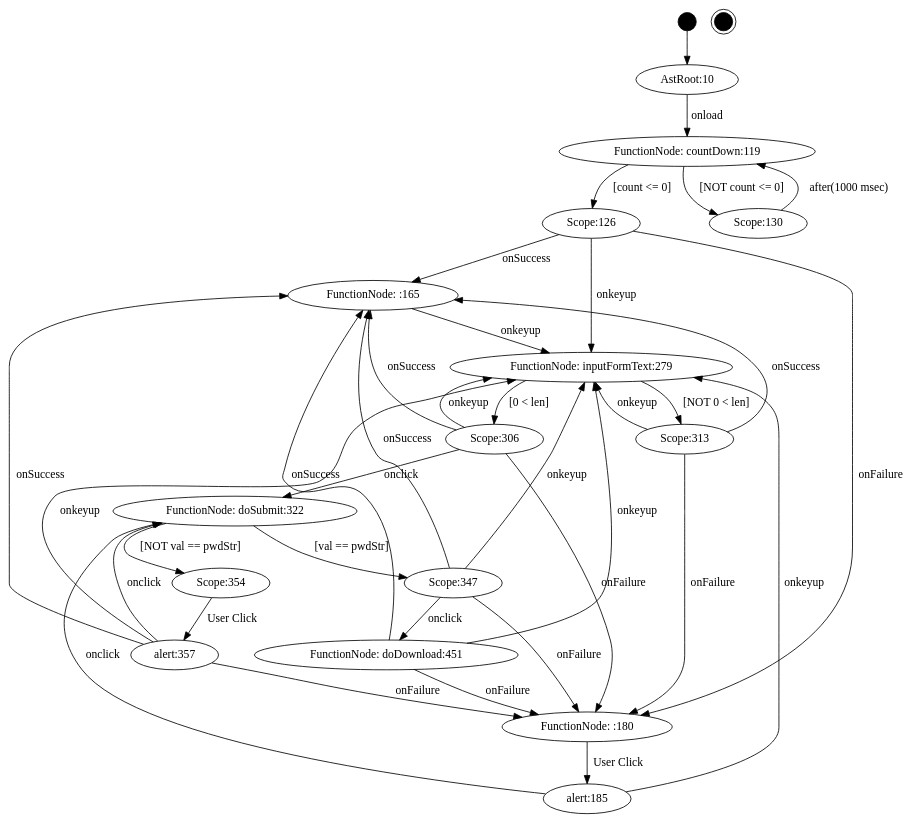
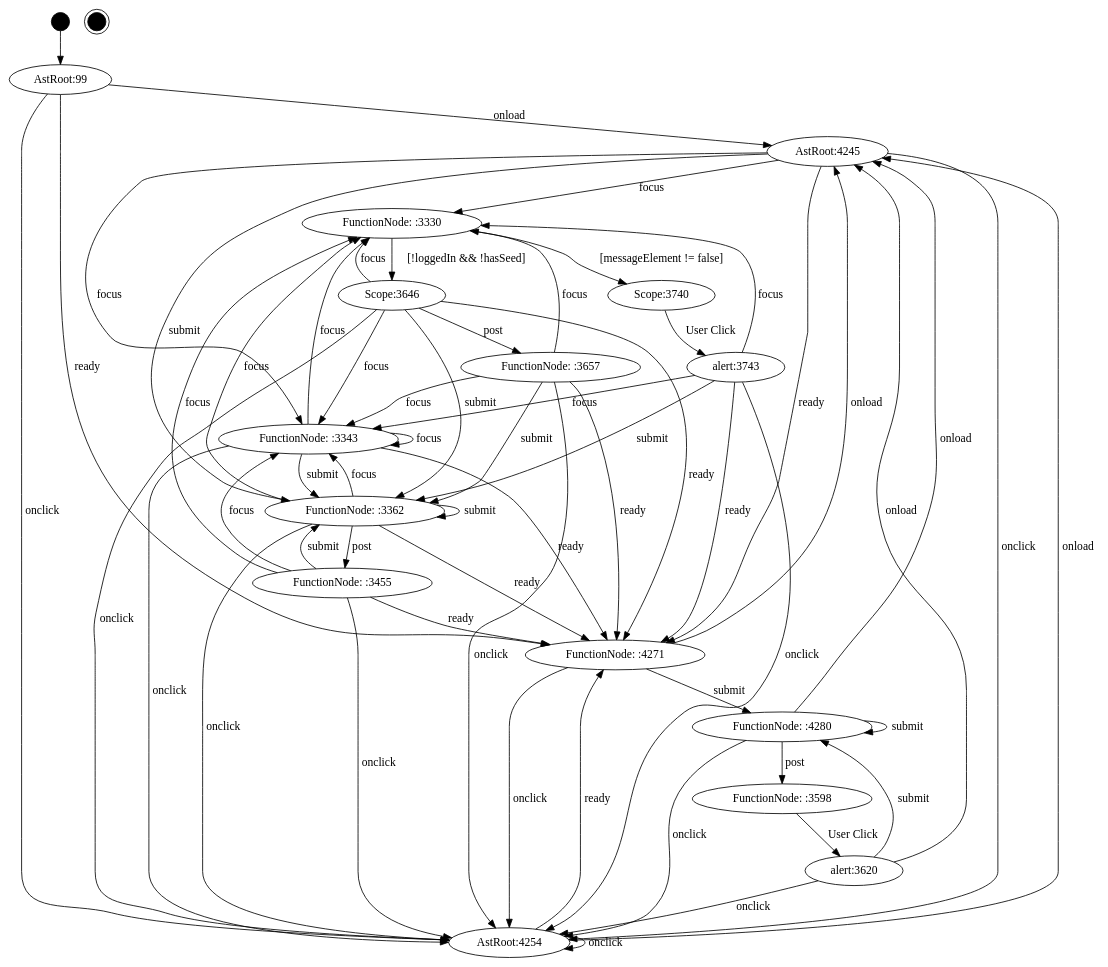
The diagram in projects/project/model/fsm.dot (mzw/JSAnalyzer), drawn with Graphviz before and after one commit. The commit also changed 323 other files, not shown here.

```diff
--- a/projects/project/model/fsm.dot
+++ b/projects/project/model/fsm.dot
@@ -1,54 +1,77 @@
 digraph FSM {
-JSAnalyzer_0000001869[label="",shape=circle,style=filled,color=black,fixedsize=true,width=0.3];
-JSAnalyzer_0000001871[label="",shape=doublecircle,style=filled,color=black,fixedsize=true,width=0.3];
-JSAnalyzer_0000000010[label="AstRoot:10"];
-JSAnalyzer_0000000119[label="FunctionNode: countDown:119"];
-JSAnalyzer_0000000126[label="Scope:126"];
-JSAnalyzer_0000000130[label="Scope:130"];
-JSAnalyzer_0000000165[label="FunctionNode: :165"];
-JSAnalyzer_0000000180[label="FunctionNode: :180"];
-JSAnalyzer_0000000279[label="FunctionNode: inputFormText:279"];
-JSAnalyzer_0000000306[label="Scope:306"];
-JSAnalyzer_0000000313[label="Scope:313"];
-JSAnalyzer_0000000322[label="FunctionNode: doSubmit:322"];
-JSAnalyzer_0000000347[label="Scope:347"];
-JSAnalyzer_0000000354[label="Scope:354"];
-JSAnalyzer_0000000451[label="FunctionNode: doDownload:451"];
-JSAnalyzer_0000000185[label="alert:185"];
-JSAnalyzer_0000000357[label="alert:357"];
-JSAnalyzer_0000001869 -> JSAnalyzer_0000000010;
-JSAnalyzer_0000000119 -> JSAnalyzer_0000000126[label="[count <= 0]"];
-JSAnalyzer_0000000119 -> JSAnalyzer_0000000130[label="[NOT count <= 0]"];
-JSAnalyzer_0000000279 -> JSAnalyzer_0000000306[label="[0 < len]"];
-JSAnalyzer_0000000279 -> JSAnalyzer_0000000313[label="[NOT 0 < len]"];
-JSAnalyzer_0000000322 -> JSAnalyzer_0000000347[label="[val == pwdStr]"];
-JSAnalyzer_0000000322 -> JSAnalyzer_0000000354[label="[NOT val == pwdStr]"];
-JSAnalyzer_0000000010 -> JSAnalyzer_0000000119[label="onload"];
-JSAnalyzer_0000000126 -> JSAnalyzer_0000000165[label="onSuccess"];
-JSAnalyzer_0000000126 -> JSAnalyzer_0000000180[label="onFailure"];
-JSAnalyzer_0000000126 -> JSAnalyzer_0000000279[label="onkeyup"];
-JSAnalyzer_0000000130 -> JSAnalyzer_0000000119[label="after(1000 msec)"];
-JSAnalyzer_0000000165 -> JSAnalyzer_0000000279[label="onkeyup"];
-JSAnalyzer_0000000180 -> JSAnalyzer_0000000185[label="User Click"];
-JSAnalyzer_0000000306 -> JSAnalyzer_0000000165[label="onSuccess"];
-JSAnalyzer_0000000306 -> JSAnalyzer_0000000180[label="onFailure"];
-JSAnalyzer_0000000306 -> JSAnalyzer_0000000279[label="onkeyup"];
-JSAnalyzer_0000000306 -> JSAnalyzer_0000000322[label="onclick"];
-JSAnalyzer_0000000313 -> JSAnalyzer_0000000165[label="onSuccess"];
-JSAnalyzer_0000000313 -> JSAnalyzer_0000000180[label="onFailure"];
-JSAnalyzer_0000000313 -> JSAnalyzer_0000000279[label="onkeyup"];
-JSAnalyzer_0000000347 -> JSAnalyzer_0000000451[label="onclick"];
-JSAnalyzer_0000000347 -> JSAnalyzer_0000000165[label="onSuccess"];
-JSAnalyzer_0000000347 -> JSAnalyzer_0000000180[label="onFailure"];
-JSAnalyzer_0000000347 -> JSAnalyzer_0000000279[label="onkeyup"];
-JSAnalyzer_0000000354 -> JSAnalyzer_0000000357[label="User Click"];
-JSAnalyzer_0000000451 -> JSAnalyzer_0000000165[label="onSuccess"];
-JSAnalyzer_0000000451 -> JSAnalyzer_0000000180[label="onFailure"];
-JSAnalyzer_0000000451 -> JSAnalyzer_0000000279[label="onkeyup"];
-JSAnalyzer_0000000185 -> JSAnalyzer_0000000279[label="onkeyup"];
-JSAnalyzer_0000000185 -> JSAnalyzer_0000000322[label="onclick"];
-JSAnalyzer_0000000357 -> JSAnalyzer_0000000165[label="onSuccess"];
-JSAnalyzer_0000000357 -> JSAnalyzer_0000000180[label="onFailure"];
-JSAnalyzer_0000000357 -> JSAnalyzer_0000000279[label="onkeyup"];
-JSAnalyzer_0000000357 -> JSAnalyzer_0000000322[label="onclick"];
+JSAnalyzer_0000008661[label="",shape=circle,style=filled,color=black,fixedsize=true,width=0.3];
+JSAnalyzer_0000008663[label="",shape=doublecircle,style=filled,color=black,fixedsize=true,width=0.3];
+JSAnalyzer_0000000099[label="AstRoot:99"];
+JSAnalyzer_0000003330[label="FunctionNode: :3330"];
+JSAnalyzer_0000003343[label="FunctionNode: :3343"];
+JSAnalyzer_0000003362[label="FunctionNode: :3362"];
+JSAnalyzer_0000003455[label="FunctionNode: :3455"];
+JSAnalyzer_0000003598[label="FunctionNode: :3598"];
+JSAnalyzer_0000003646[label="Scope:3646"];
+JSAnalyzer_0000003657[label="FunctionNode: :3657"];
+JSAnalyzer_0000003740[label="Scope:3740"];
+JSAnalyzer_0000004245[label="AstRoot:4245"];
+JSAnalyzer_0000004254[label="AstRoot:4254"];
+JSAnalyzer_0000004271[label="FunctionNode: :4271"];
+JSAnalyzer_0000004280[label="FunctionNode: :4280"];
+JSAnalyzer_0000003620[label="alert:3620"];
+JSAnalyzer_0000003743[label="alert:3743"];
+JSAnalyzer_0000008661 -> JSAnalyzer_0000000099;
+JSAnalyzer_0000003330 -> JSAnalyzer_0000003646[label="[!loggedIn && !hasSeed]"];
+JSAnalyzer_0000003330 -> JSAnalyzer_0000003740[label="[messageElement != false]"];
+JSAnalyzer_0000000099 -> JSAnalyzer_0000004245[label="onload"];
+JSAnalyzer_0000000099 -> JSAnalyzer_0000004254[label="onclick"];
+JSAnalyzer_0000000099 -> JSAnalyzer_0000004271[label="ready"];
+JSAnalyzer_0000003343 -> JSAnalyzer_0000003330[label="focus"];
+JSAnalyzer_0000003343 -> JSAnalyzer_0000003343[label="focus"];
+JSAnalyzer_0000003343 -> JSAnalyzer_0000003362[label="submit"];
+JSAnalyzer_0000003343 -> JSAnalyzer_0000004254[label="onclick"];
+JSAnalyzer_0000003343 -> JSAnalyzer_0000004271[label="ready"];
+JSAnalyzer_0000003362 -> JSAnalyzer_0000003455[label="post"];
+JSAnalyzer_0000003362 -> JSAnalyzer_0000003330[label="focus"];
+JSAnalyzer_0000003362 -> JSAnalyzer_0000003343[label="focus"];
+JSAnalyzer_0000003362 -> JSAnalyzer_0000003362[label="submit"];
+JSAnalyzer_0000003362 -> JSAnalyzer_0000004254[label="onclick"];
+JSAnalyzer_0000003362 -> JSAnalyzer_0000004271[label="ready"];
+JSAnalyzer_0000003455 -> JSAnalyzer_0000003330[label="focus"];
+JSAnalyzer_0000003455 -> JSAnalyzer_0000003343[label="focus"];
+JSAnalyzer_0000003455 -> JSAnalyzer_0000003362[label="submit"];
+JSAnalyzer_0000003455 -> JSAnalyzer_0000004254[label="onclick"];
+JSAnalyzer_0000003455 -> JSAnalyzer_0000004271[label="ready"];
+JSAnalyzer_0000003598 -> JSAnalyzer_0000003620[label="User Click"];
+JSAnalyzer_0000003646 -> JSAnalyzer_0000003657[label="post"];
+JSAnalyzer_0000003646 -> JSAnalyzer_0000003330[label="focus"];
+JSAnalyzer_0000003646 -> JSAnalyzer_0000003343[label="focus"];
+JSAnalyzer_0000003646 -> JSAnalyzer_0000003362[label="submit"];
+JSAnalyzer_0000003646 -> JSAnalyzer_0000004254[label="onclick"];
+JSAnalyzer_0000003646 -> JSAnalyzer_0000004271[label="ready"];
+JSAnalyzer_0000003657 -> JSAnalyzer_0000003330[label="focus"];
+JSAnalyzer_0000003657 -> JSAnalyzer_0000003343[label="focus"];
+JSAnalyzer_0000003657 -> JSAnalyzer_0000003362[label="submit"];
+JSAnalyzer_0000003657 -> JSAnalyzer_0000004254[label="onclick"];
+JSAnalyzer_0000003657 -> JSAnalyzer_0000004271[label="ready"];
+JSAnalyzer_0000003740 -> JSAnalyzer_0000003743[label="User Click"];
+JSAnalyzer_0000004245 -> JSAnalyzer_0000003330[label="focus"];
+JSAnalyzer_0000004245 -> JSAnalyzer_0000003343[label="focus"];
+JSAnalyzer_0000004245 -> JSAnalyzer_0000003362[label="submit"];
+JSAnalyzer_0000004245 -> JSAnalyzer_0000004254[label="onclick"];
+JSAnalyzer_0000004245 -> JSAnalyzer_0000004271[label="ready"];
+JSAnalyzer_0000004254 -> JSAnalyzer_0000004245[label="onload"];
+JSAnalyzer_0000004254 -> JSAnalyzer_0000004254[label="onclick"];
+JSAnalyzer_0000004254 -> JSAnalyzer_0000004271[label="ready"];
+JSAnalyzer_0000004271 -> JSAnalyzer_0000004280[label="submit"];
+JSAnalyzer_0000004271 -> JSAnalyzer_0000004245[label="onload"];
+JSAnalyzer_0000004271 -> JSAnalyzer_0000004254[label="onclick"];
+JSAnalyzer_0000004280 -> JSAnalyzer_0000003598[label="post"];
+JSAnalyzer_0000004280 -> JSAnalyzer_0000004280[label="submit"];
+JSAnalyzer_0000004280 -> JSAnalyzer_0000004245[label="onload"];
+JSAnalyzer_0000004280 -> JSAnalyzer_0000004254[label="onclick"];
+JSAnalyzer_0000003620 -> JSAnalyzer_0000004280[label="submit"];
+JSAnalyzer_0000003620 -> JSAnalyzer_0000004245[label="onload"];
+JSAnalyzer_0000003620 -> JSAnalyzer_0000004254[label="onclick"];
+JSAnalyzer_0000003743 -> JSAnalyzer_0000003330[label="focus"];
+JSAnalyzer_0000003743 -> JSAnalyzer_0000003343[label="focus"];
+JSAnalyzer_0000003743 -> JSAnalyzer_0000003362[label="submit"];
+JSAnalyzer_0000003743 -> JSAnalyzer_0000004254[label="onclick"];
+JSAnalyzer_0000003743 -> JSAnalyzer_0000004271[label="ready"];
 }
```
